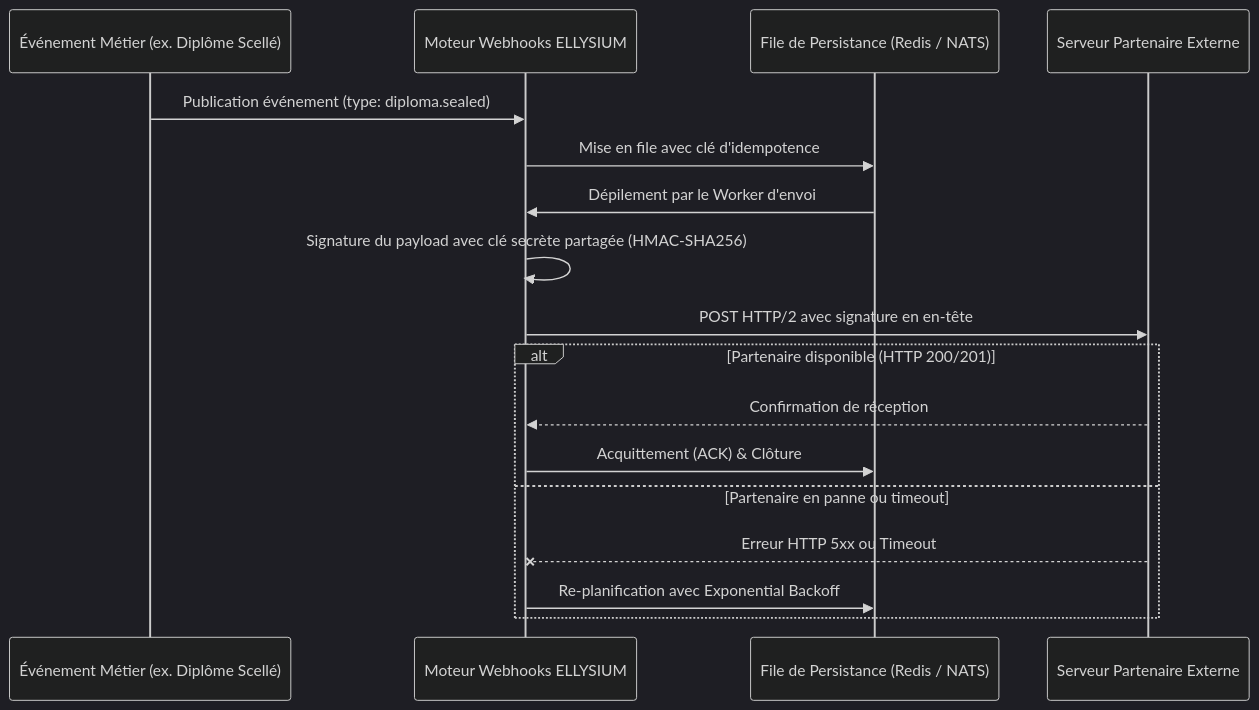
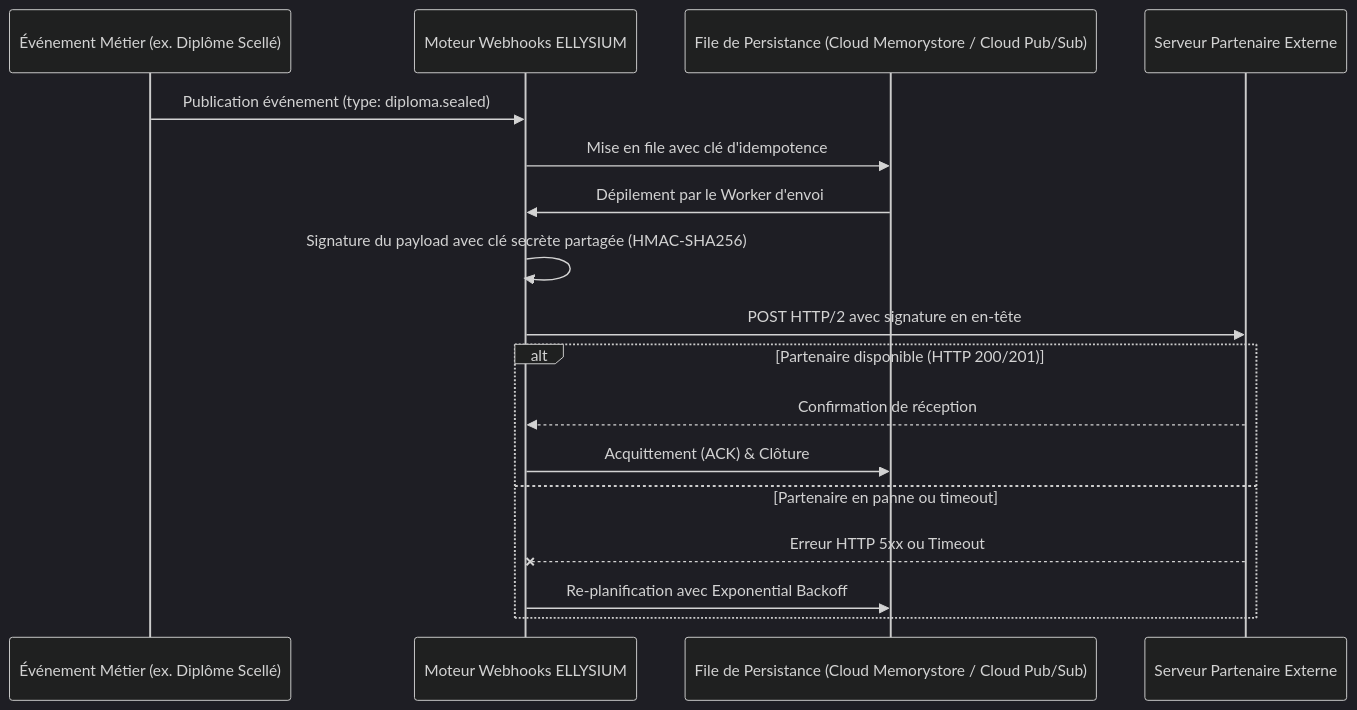
Before and after one commit to Adolphechris/clenel-elysium: the diagram in tome-7/116/README.md, drawn with Mermaid (dark theme). The commit also changed 39 other files, not shown here.

````diff
--- a/tome-7/116/README.md
+++ b/tome-7/116/README.md
@@ -20,20 +20,20 @@
 ```mermaid
 sequenceDiagram
     participant EVT as Événement Métier (ex. Diplôme Scellé)
     participant WH_SVC as Moteur Webhooks ELLYSIUM
-    participant QUEUE as File de Persistance (Redis / NATS)
+    participant QUEUE as File de Persistance (Cloud Memorystore / Cloud Pub/Sub)
     participant PARTNER as Serveur Partenaire Externe
 
     EVT->>WH_SVC: Publication événement (type: diploma.sealed)
     WH_SVC->>QUEUE: Mise en file avec clé d'idempotence
     QUEUE->>WH_SVC: Dépilement par le Worker d'envoi
     WH_SVC->>WH_SVC: Signature du payload avec clé secrète partagée (HMAC-SHA256)
     WH_SVC->>PARTNER: POST HTTP/2 avec signature en en-tête
     alt Partenaire disponible (HTTP 200/201)
         PARTNER-->>WH_SVC: Confirmation de réception
         WH_SVC->>QUEUE: Acquittement (ACK) & Clôture
     else Partenaire en panne ou timeout
         PARTNER--xWH_SVC: Erreur HTTP 5xx ou Timeout
         WH_SVC->>QUEUE: Re-planification avec Exponential Backoff
     end
 ```
````
